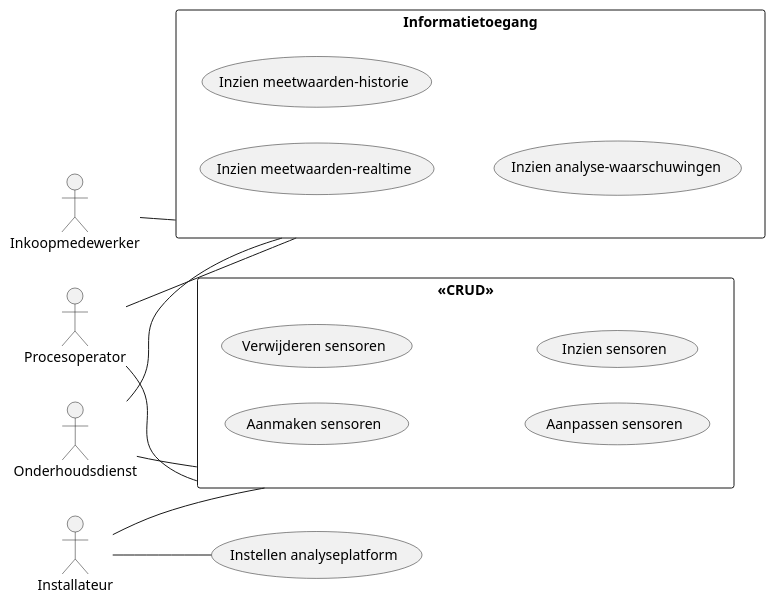
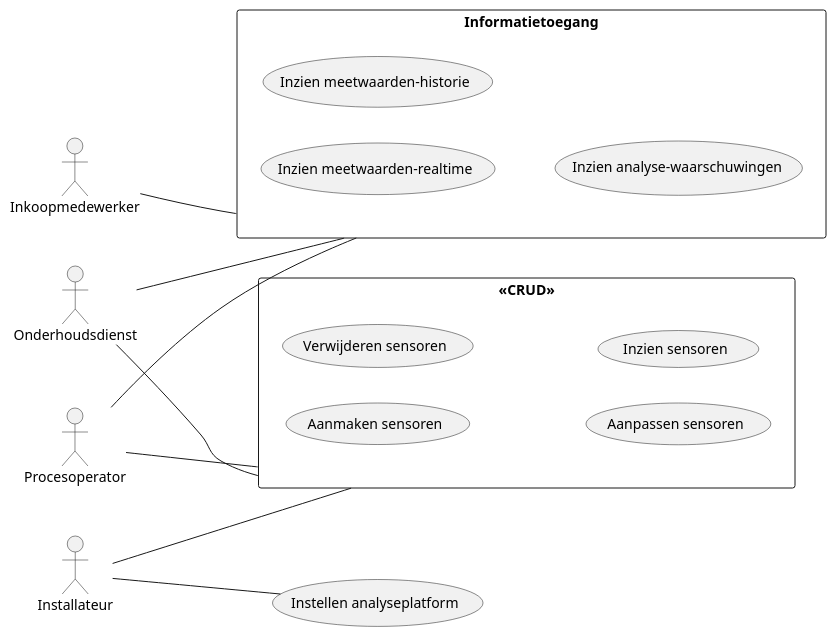
Before and after one commit to FinnsterB/soda-factory-data-collection: the diagram in docs/development/main_UCD.puml, drawn with PlantUML. The commit also changed 1 other file, not shown here.

```diff
--- a/docs/development/main_UCD.puml
+++ b/docs/development/main_UCD.puml
@@ -1,41 +1,36 @@
 @startuml main_UCD
 left to right direction
 
 actor Procesoperator as a1
 actor Onderhoudsdienst as a2
 actor Inkoopmedewerker as a3
 actor Installateur as a4
 
 rectangle "<<CRUD>>" as rect1{
 usecase "Aanmaken sensoren" as uc1
 usecase "Verwijderen sensoren" as uc2
 usecase "Aanpassen sensoren" as uc3
 usecase "Inzien sensoren" as uc4
 }
 rectangle "Informatietoegang" as rect2{
 usecase "Inzien meetwaarden-realtime" as uc5
 usecase "Inzien meetwaarden-historie" as uc6
 usecase "Inzien analyse-waarschuwingen" as uc7
 }
 usecase "Instellen analyseplatform" as uc8
 
-a3 -- rect2
+a3 --- rect2
 
-a1 -- rect1
+a1 --- rect1
 
-a1 -- rect2
+a1 --- rect2
 
-a2 -- rect1
+a2 --- rect1
 
-a4 -- rect1
+a4 --- rect1
 
-a4 -- uc8
+a4 --- uc8
 
-a2 -- rect2
-
-
-
-
-
+a2 --- rect2
 
 @enduml
```
